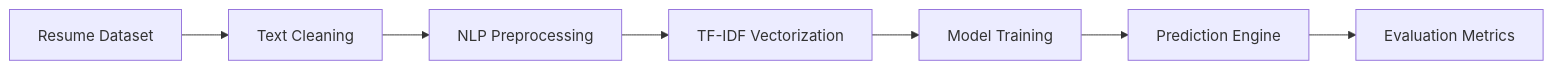
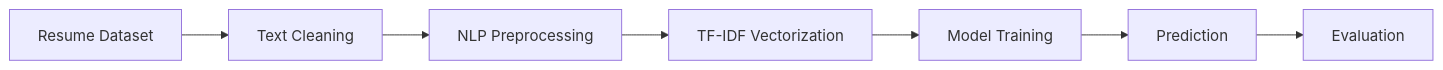
One commit to Donamol-Joseph/AI-Resume-Screening-System changed the diagram in README.md. Above: the diagram before and after it, drawn with Mermaid. The commit also changed other lines of this file, not shown here.

````diff
--- a/README.md
+++ b/README.md
@@ -66,9 +64,9 @@
 ```mermaid
 flowchart LR
     A[Resume Dataset] --> B[Text Cleaning]
     B --> C[NLP Preprocessing]
     C --> D[TF-IDF Vectorization]
     D --> E[Model Training]
-    E --> F[Prediction Engine]
-    F --> G[Evaluation Metrics]
+    E --> F[Prediction]
+    F --> G[Evaluation]
 ```
````
